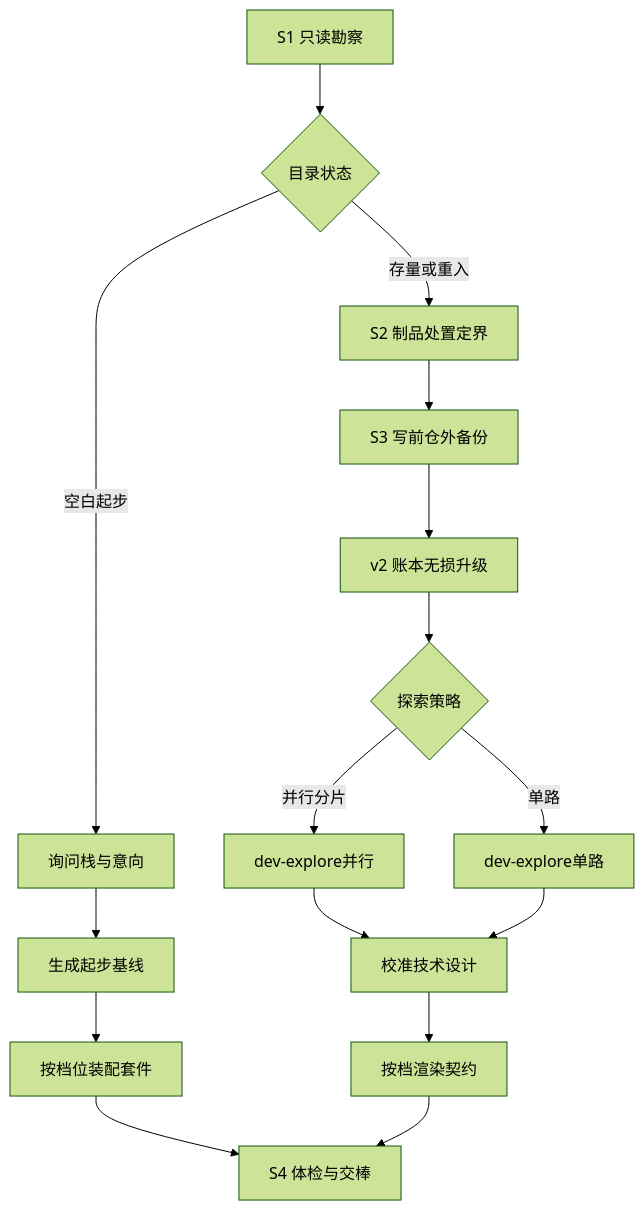
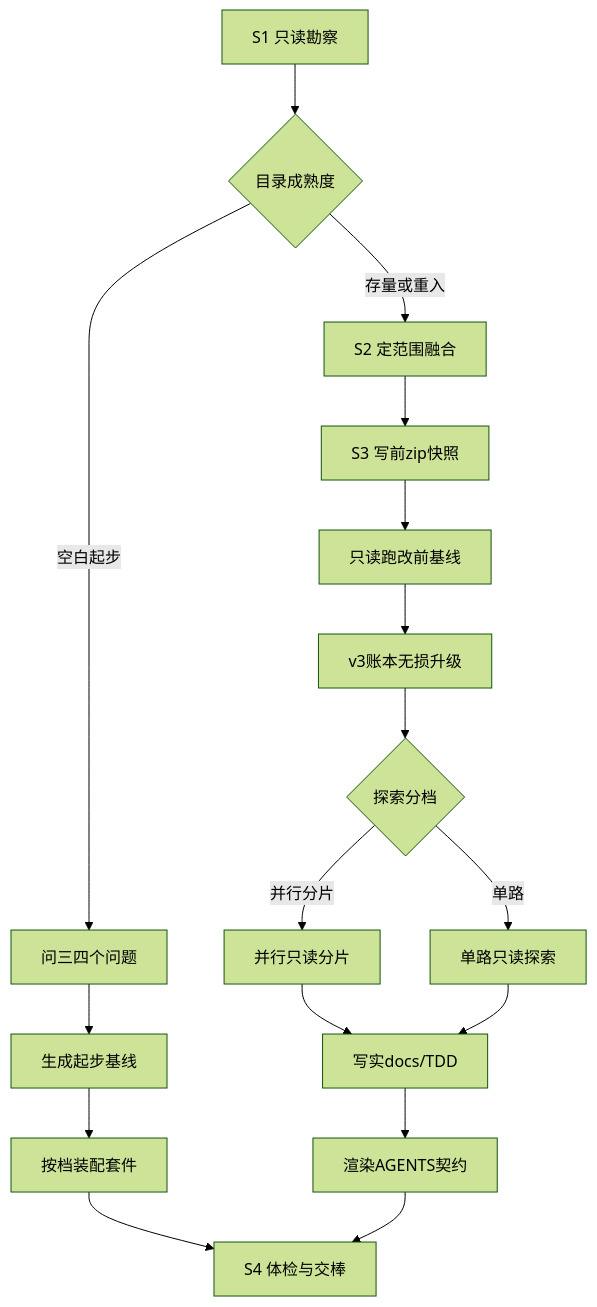
Before and after one commit to FiretrUCK666/project-forge: the second of 6 diagrams in docs/TDD.md, drawn with Mermaid (forest theme). The commit also changed other lines of this file and 13 other files, not shown here.

````diff
--- a/docs/TDD.md
+++ b/docs/TDD.md
@@ -198,20 +148,21 @@
 ```mermaid
 flowchart TD
-  S1["S1 只读勘察"] --> Branch{"目录状态"}
-  Branch -- "空白起步" --> Ask["询问栈与意向"]
+  S1["S1 只读勘察"] --> DirState{"目录成熟度"}
+  DirState -- "空白起步" --> Ask["问三四个问题"]
   Ask --> Boot["生成起步基线"]
-  Boot --> S3Kit["按档位装配套件"]
+  Boot --> EquipKit["按档装配套件"]
 
-  Branch -- "存量或重入" --> Plan["S2 制品处置定界"]
-  Plan --> Snap["S3 写前仓外备份"]
-  Snap --> Equip["v2 账本无损升级"]
-  Equip --> Explore{"探索策略"}
-  Explore -- "并行分片" --> Shards["dev-explore并行"]
-  Explore -- "单路" --> Single["dev-explore单路"]
-  Shards --> TDDWrite["校准技术设计"]
-  Single --> TDDWrite
-  TDDWrite --> Compose["按档渲染契约"]
+  DirState -- "存量或重入" --> Plan["S2 定范围融合"]
+  Plan --> Snap["S3 写前zip快照"]
+  Snap --> Baseline["只读跑改前基线"]
+  Baseline --> Equip["v3账本无损升级"]
+  Equip --> Tier{"探索分档"}
+  Tier -- "并行分片" --> Shards["并行只读分片"]
+  Tier -- "单路" --> Single["单路只读探索"]
+  Shards --> TDD["写实docs/TDD"]
+  Single --> TDD
+  TDD --> Compose["渲染AGENTS契约"]
 
-  S3Kit --> S4["S4 体检与交棒"]
+  EquipKit --> S4["S4 体检与交棒"]
   Compose --> S4
 ```
````
